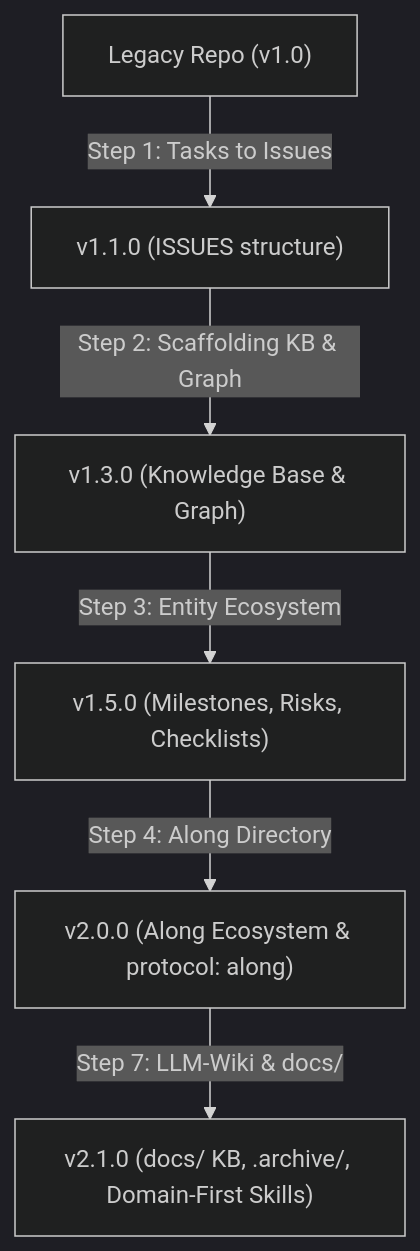
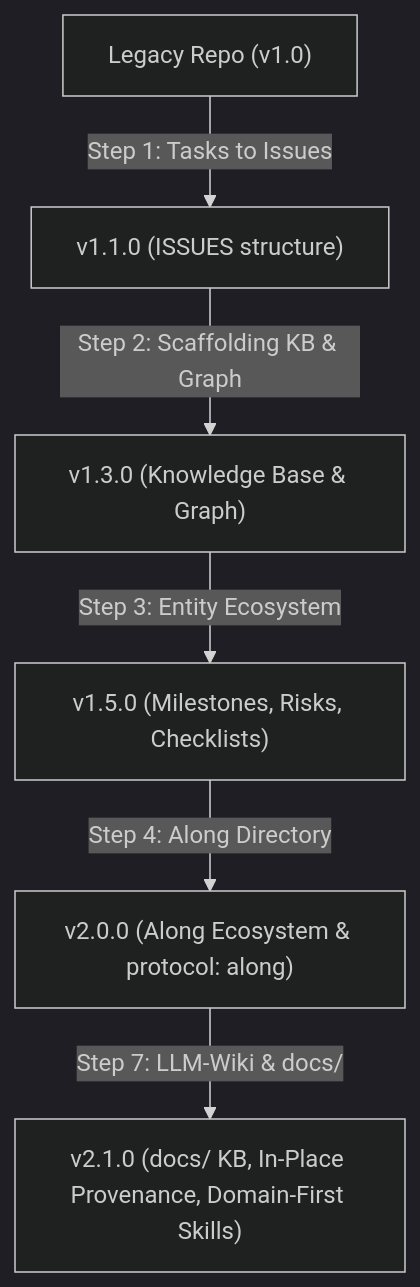
One commit to actdim/agents changed the diagram in docs/topic--migrations.md. Above: the diagram before and after it, drawn with Mermaid (dark theme). The commit also changed other lines of this file and 51 other files, not shown here.

````diff
--- a/docs/topic--migrations.md
+++ b/docs/topic--migrations.md
@@ -33,8 +36,8 @@
 ```mermaid
 flowchart TD
     A["Legacy Repo (v1.0)"] -->|Step 1: Tasks to Issues| B["v1.1.0 (ISSUES structure)"]
     B -->|Step 2: Scaffolding KB & Graph| C["v1.3.0 (Knowledge Base & Graph)"]
     C -->|Step 3: Entity Ecosystem| D["v1.5.0 (Milestones, Risks, Checklists)"]
     D -->|Step 4: Along Directory| E["v2.0.0 (Along Ecosystem & protocol: along)"]
-    E -->|Step 7: LLM-Wiki & docs/| F["v2.1.0 (docs/ KB, .archive/, Domain-First Skills)"]
+    E -->|Step 7: LLM-Wiki & docs/| F["v2.1.0 (docs/ KB, In-Place Provenance, Domain-First Skills)"]
 ```
````
